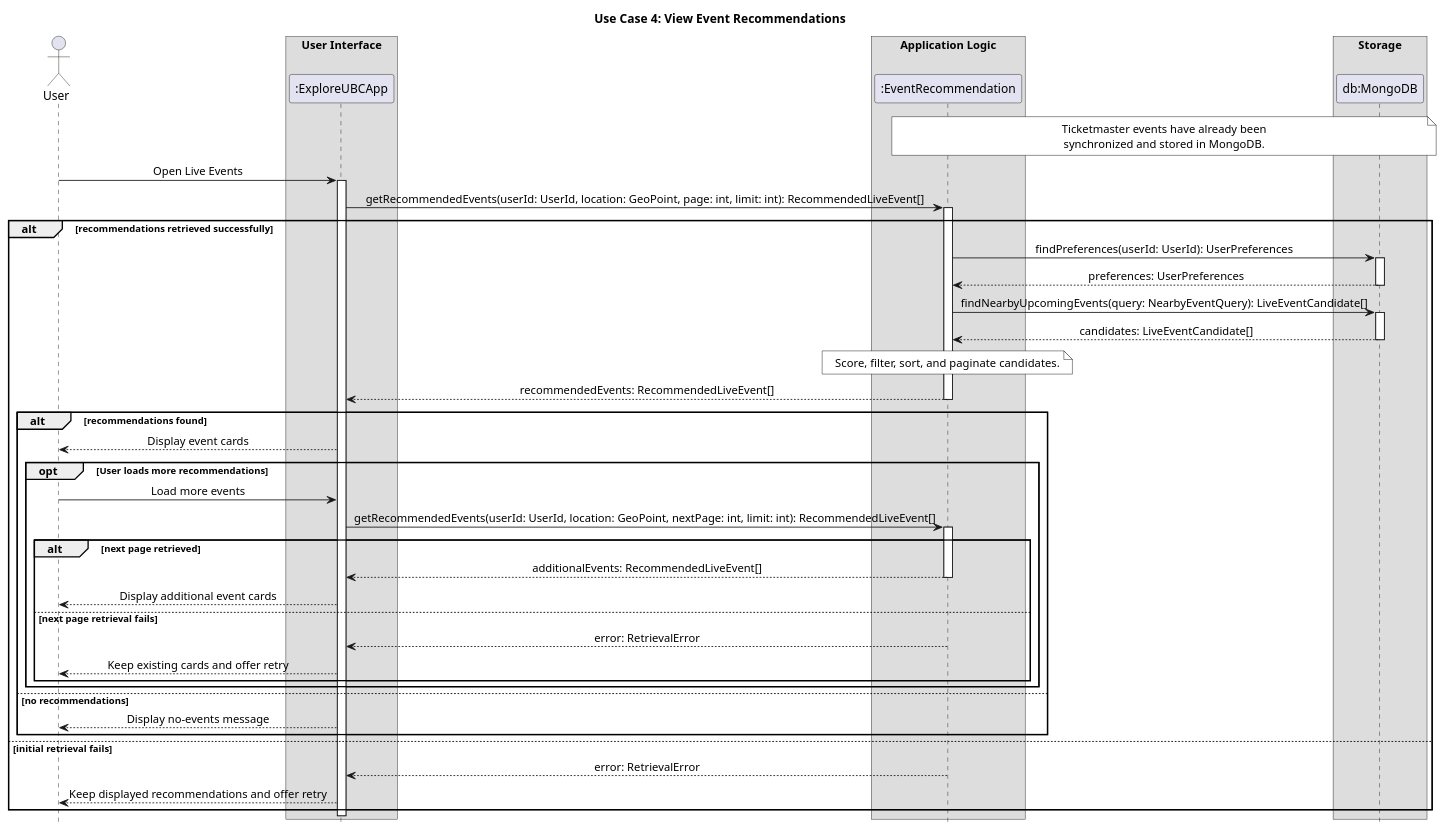
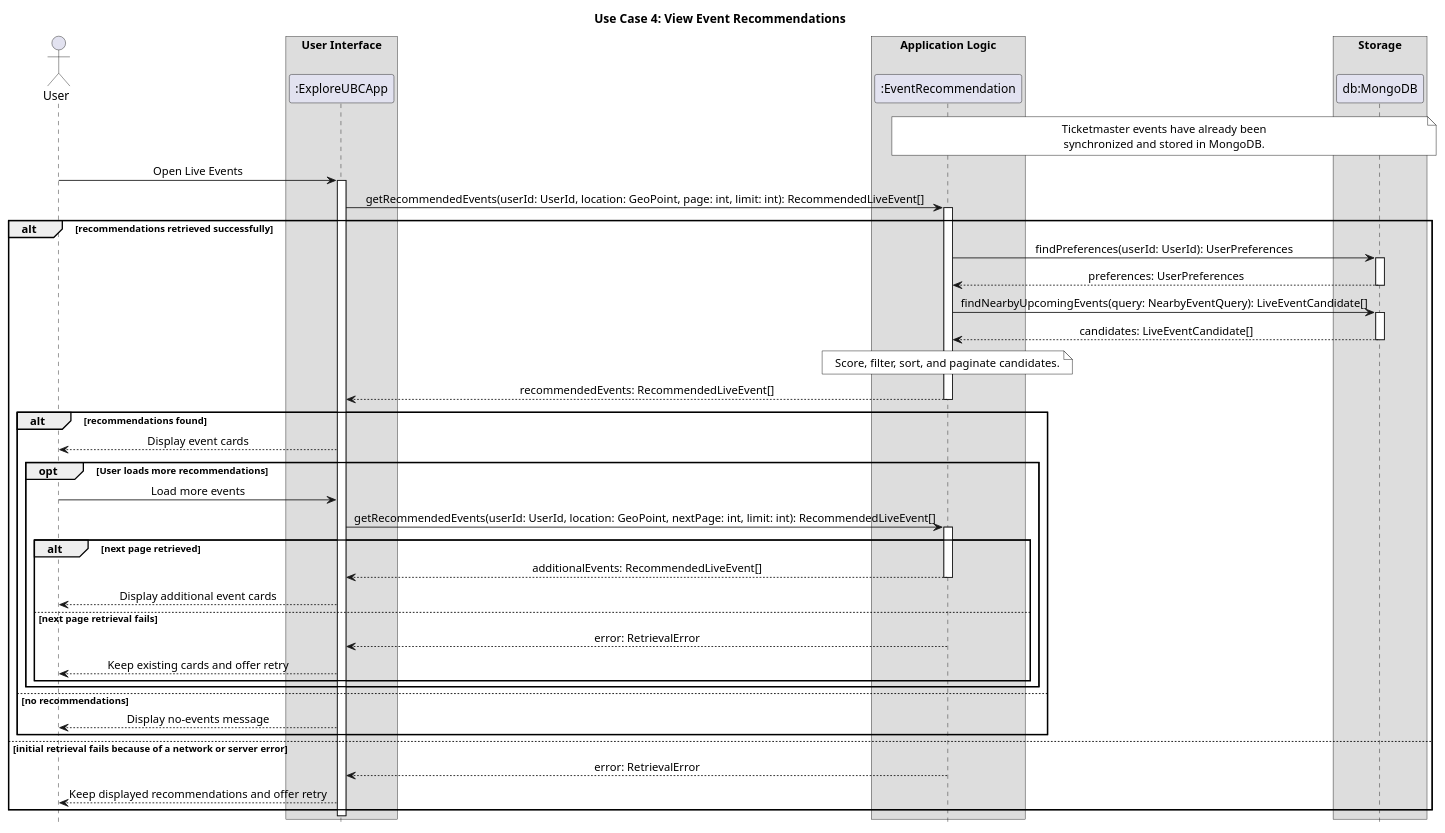
The diagram in documentation/images/view_events_seq_diagram.puml (UBC-CPEN-V-321/W2026), drawn with PlantUML before and after one commit. The commit also changed 83 other files, not shown here.

```diff
--- a/documentation/images/view_events_seq_diagram.puml
+++ b/documentation/images/view_events_seq_diagram.puml
@@ -1,86 +1,86 @@
 @startuml
 title Use Case 4: View Event Recommendations
 
 skinparam ArrowFontStyle plain
 skinparam ParticipantStyle rectangle
 skinparam Shadowing false
 skinparam DefaultTextAlignment center
 skinparam SequenceMessageAlign center
 skinparam SequenceBoxFontSize 15
 skinparam SequenceBoxPadding 0
 skinparam FontName Arial
 skinparam NoteBackgroundColor white
 skinparam NoteBorderColor black
 hide footbox
 
 actor User
 
 box "User Interface"
 participant ":ExploreUBCApp" as App
 end box
 
 box "Application Logic"
 participant ":EventRecommendation" as EventRecommendation
 end box
 
 box "Storage"
 participant "db:MongoDB" as DB
 end box
 
 note over EventRecommendation, DB
 Ticketmaster events have already been
 synchronized and stored in MongoDB.
 end note
 
 User -> App : Open Live Events
 activate App
 
 App -> EventRecommendation : getRecommendedEvents(userId: UserId, location: GeoPoint, page: int, limit: int): RecommendedLiveEvent[]
 activate EventRecommendation
 
 alt recommendations retrieved successfully
     EventRecommendation -> DB : findPreferences(userId: UserId): UserPreferences
     activate DB
     DB --> EventRecommendation : preferences: UserPreferences
     deactivate DB
 
     EventRecommendation -> DB : findNearbyUpcomingEvents(query: NearbyEventQuery): LiveEventCandidate[]
     activate DB
     DB --> EventRecommendation : candidates: LiveEventCandidate[]
     deactivate DB
 
     note over EventRecommendation
     Score, filter, sort, and paginate candidates.
     end note
 
     EventRecommendation --> App : recommendedEvents: RecommendedLiveEvent[]
     deactivate EventRecommendation
 
     alt recommendations found
         App --> User : Display event cards
 
         opt User loads more recommendations
             User -> App : Load more events
             App -> EventRecommendation : getRecommendedEvents(userId: UserId, location: GeoPoint, nextPage: int, limit: int): RecommendedLiveEvent[]
             activate EventRecommendation
             alt next page retrieved
                 EventRecommendation --> App : additionalEvents: RecommendedLiveEvent[]
                 deactivate EventRecommendation
                 App --> User : Display additional event cards
             else next page retrieval fails
                 EventRecommendation --> App : error: RetrievalError
                 deactivate EventRecommendation
                 App --> User : Keep existing cards and offer retry
             end
         end
     else no recommendations
         App --> User : Display no-events message
     end
-else initial retrieval fails
+else initial retrieval fails because of a network or server error
     EventRecommendation --> App : error: RetrievalError
     deactivate EventRecommendation
     App --> User : Keep displayed recommendations and offer retry
 end
 
 deactivate App
 @enduml
```
